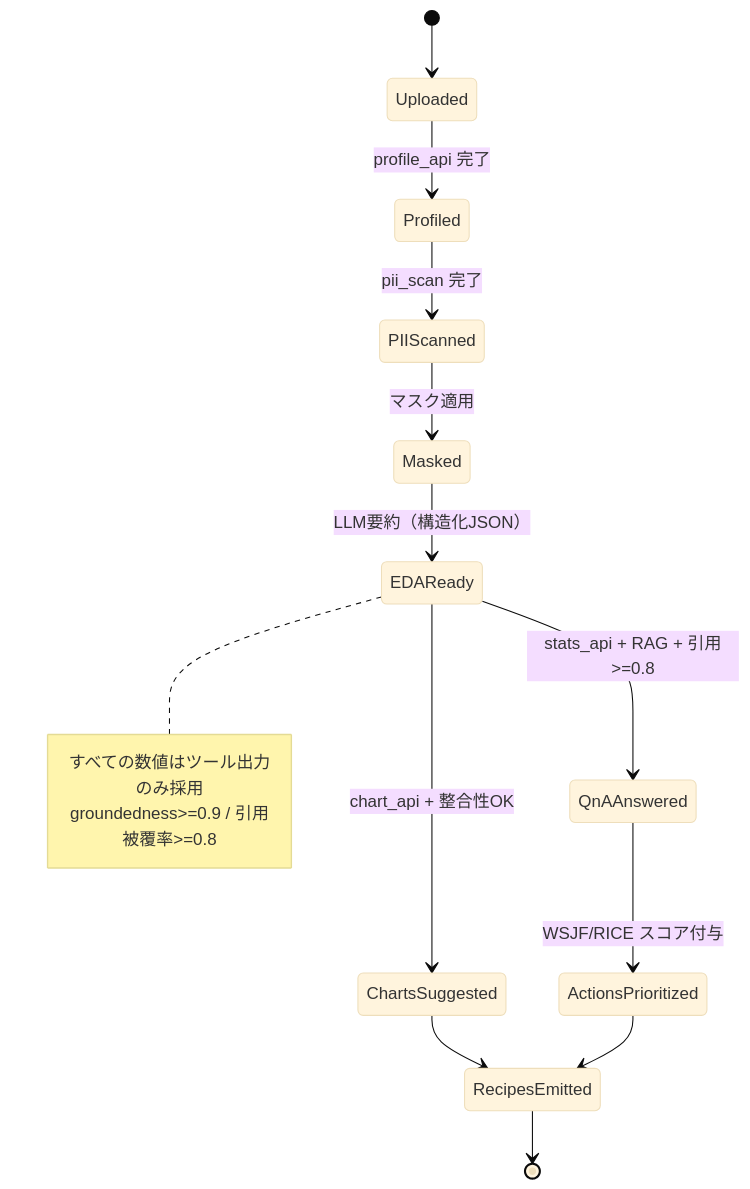
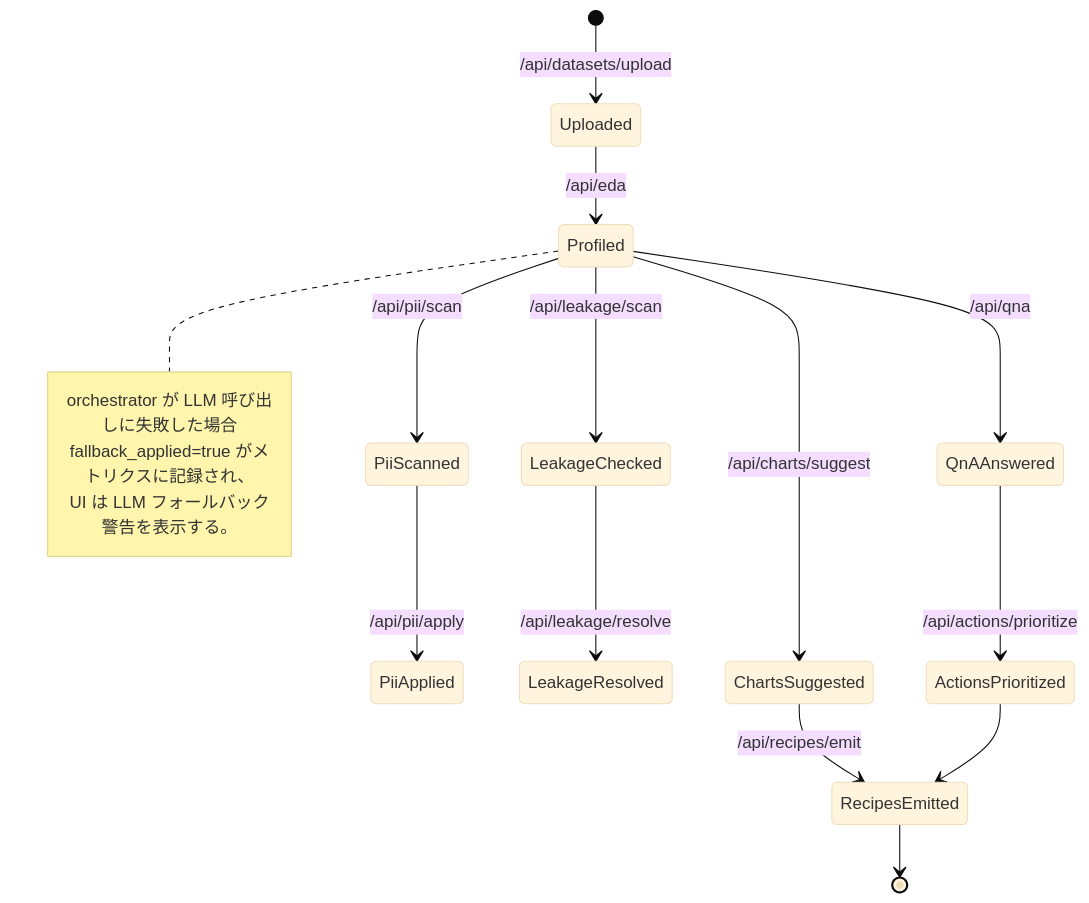
Before and after one commit to youkawa/AutoEDA: the fifth of 5 diagrams in docs/diagram.md, drawn with Mermaid (base theme). The commit also changed other lines of this file and 89 other files, not shown here.

````diff
--- a/docs/diagram.md
+++ b/docs/diagram.md
@@ -122,18 +151,20 @@
 ```mermaid
-stateDiagram-v2
-  [*] --> Uploaded
-  Uploaded --> Profiled: profile_api 完了
-  Profiled --> PIIScanned: pii_scan 完了
-  PIIScanned --> Masked: マスク適用
-  Masked --> EDAReady: LLM要約（構造化JSON）
-  EDAReady --> ChartsSuggested: chart_api + 整合性OK
-  EDAReady --> QnAAnswered: stats_api + RAG + 引用>=0.8
-  QnAAnswered --> ActionsPrioritized: WSJF/RICE スコア付与
-  ChartsSuggested --> RecipesEmitted
+stateDiagram
+  [*] --> Uploaded : /api/datasets/upload
+  Uploaded --> Profiled : /api/eda
+  Profiled --> PiiScanned : /api/pii/scan
+  PiiScanned --> PiiApplied : /api/pii/apply
+  Profiled --> LeakageChecked : /api/leakage/scan
+  LeakageChecked --> LeakageResolved : /api/leakage/resolve
+  Profiled --> ChartsSuggested : /api/charts/suggest
+  Profiled --> QnAAnswered : /api/qna
+  QnAAnswered --> ActionsPrioritized : /api/actions/prioritize
+  ChartsSuggested --> RecipesEmitted : /api/recipes/emit
   ActionsPrioritized --> RecipesEmitted
   RecipesEmitted --> [*]
-  note right of EDAReady
-    すべての数値はツール出力のみ採用
-    groundedness>=0.9 / 引用被覆率>=0.8
+  note right of Profiled
+    orchestrator が LLM 呼び出しに失敗した場合
+    fallback_applied=true がメトリクスに記録され、
+    UI は LLM フォールバック警告を表示する。
   end note
 ```
````
